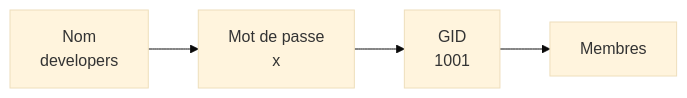
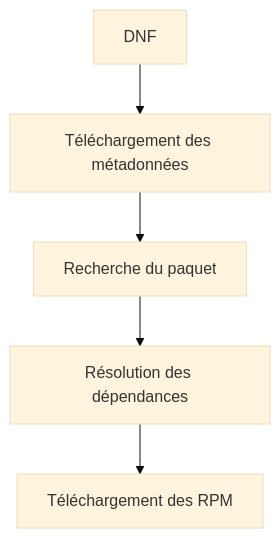
One commit to tdelaclos/formations changed the ninth of 20 diagrams in campagne 1/1.5.md. Above: the diagram before and after it, drawn with Mermaid (base theme). The commit also changed other lines of this file, not shown here.

````diff
--- a/campagne 1/1.5.md
+++ b/campagne 1/1.5.md
@@ -735,13 +476,13 @@
 ```mermaid
-flowchart LR
+flowchart TD
 
-A["Nom<br/>developers"]
+A["DNF"]
 
-B["Mot de passe<br/>x"]
+A --> B["Téléchargement des métadonnées"]
 
-C["GID<br/>1001"]
+B --> C["Recherche du paquet"]
 
-D["Membres"]
+C --> D["Résolution des dépendances"]
 
-A --> B --> C --> D
+D --> E["Téléchargement des RPM"]
 ```
````
